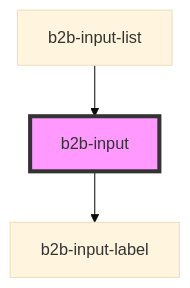
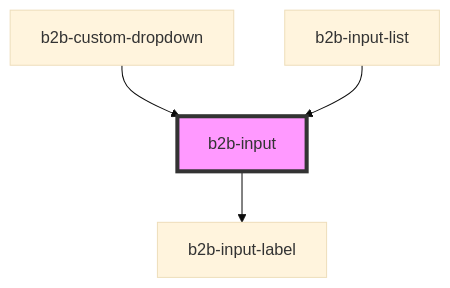
Before and after one commit to otto-de/b2b-design-system: the diagram in packages/core-components/src/components/input/readme.md, drawn with Mermaid (base theme). The commit also changed other lines of this file and 11 other files, not shown here.

Commit message:
feat(Custom-dropdown): [NEPTUNE-4831] add new custom-dropdown components with styling

````diff
--- a/packages/core-components/src/components/input/readme.md
+++ b/packages/core-components/src/components/input/readme.md
@@ -74,6 +75,7 @@
 ```mermaid
 graph TD;
   b2b-input --> b2b-input-label
+  b2b-custom-dropdown --> b2b-input
   b2b-input-list --> b2b-input
   style b2b-input fill:#f9f,stroke:#333,stroke-width:4px
 ```
````
